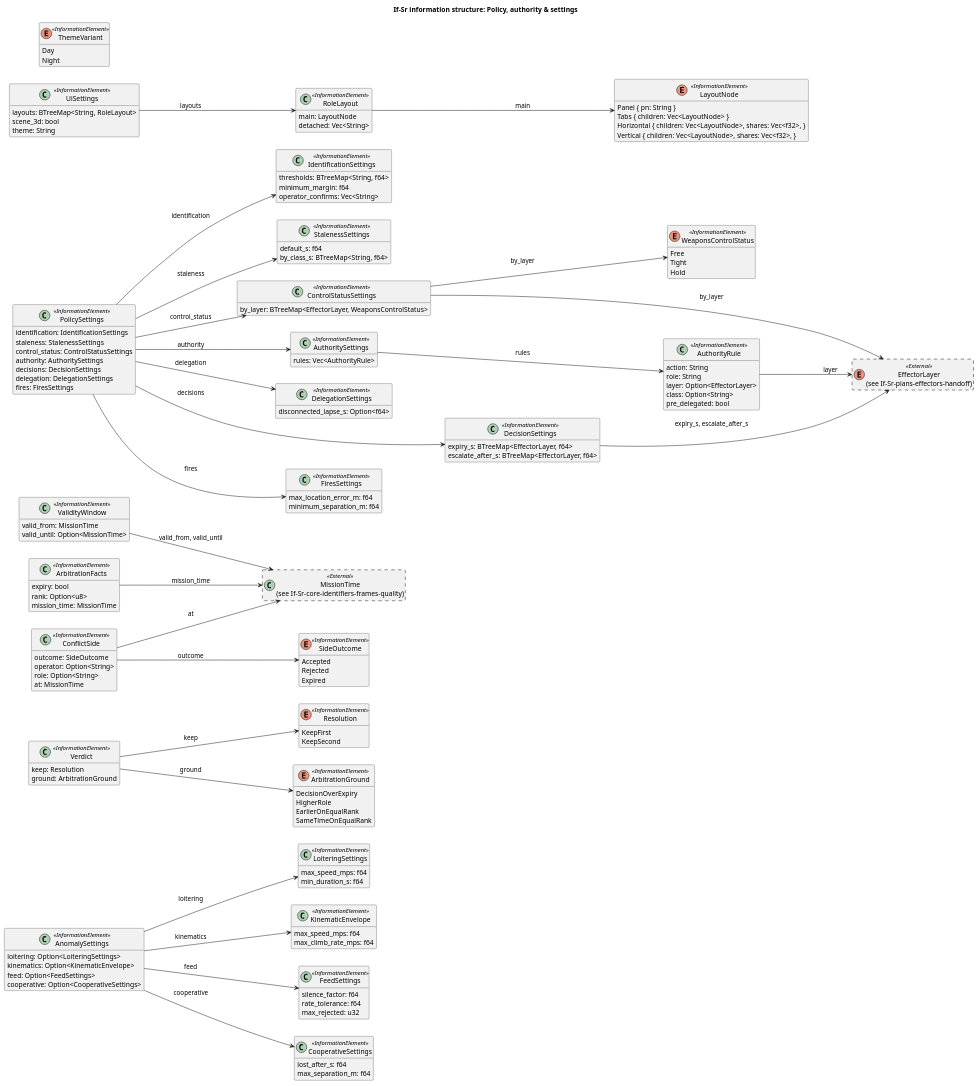
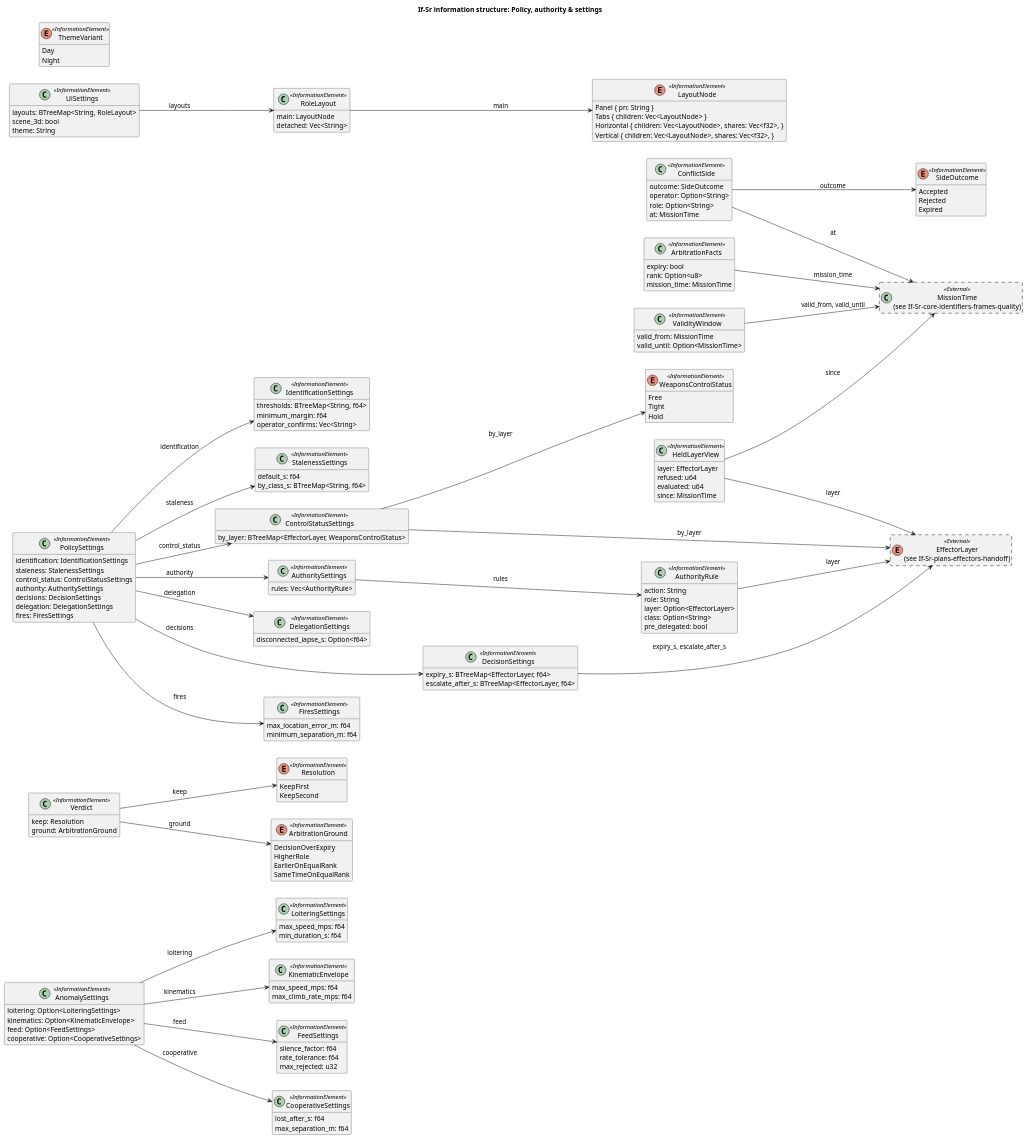
One commit to WayneRoessling/gungnir changed the diagram in docs/architecture/uaf/information/If-Sr-policy-authority-settings.puml. Above: the diagram before and after it, drawn with PlantUML. The commit also changed 30 other files, not shown here.

Commit message:
WIP GAP-183: the held layer said

```diff
--- a/docs/architecture/uaf/information/If-Sr-policy-authority-settings.puml
+++ b/docs/architecture/uaf/information/If-Sr-policy-authority-settings.puml
@@ -1,157 +1,165 @@
 @startuml If-Sr-policy-authority-settings
 title If-Sr information structure: Policy, authority & settings
 left to right direction
 hide empty members
 skinparam classAttributeIconSize 0
 class "AnomalySettings" as AnomalySettings <<InformationElement>> {
   loitering: Option<LoiteringSettings>
   kinematics: Option<KinematicEnvelope>
   feed: Option<FeedSettings>
   cooperative: Option<CooperativeSettings>
 }
 class "LoiteringSettings" as LoiteringSettings <<InformationElement>> {
   max_speed_mps: f64
   min_duration_s: f64
 }
 class "KinematicEnvelope" as KinematicEnvelope <<InformationElement>> {
   max_speed_mps: f64
   max_climb_rate_mps: f64
 }
 class "FeedSettings" as FeedSettings <<InformationElement>> {
   silence_factor: f64
   rate_tolerance: f64
   max_rejected: u32
 }
 class "CooperativeSettings" as CooperativeSettings <<InformationElement>> {
   lost_after_s: f64
   max_separation_m: f64
 }
 enum "Resolution" as Resolution <<InformationElement>> {
   KeepFirst
   KeepSecond
 }
 class "ArbitrationFacts" as ArbitrationFacts <<InformationElement>> {
   expiry: bool
   rank: Option<u8>
   mission_time: MissionTime
 }
 enum "ArbitrationGround" as ArbitrationGround <<InformationElement>> {
   DecisionOverExpiry
   HigherRole
   EarlierOnEqualRank
   SameTimeOnEqualRank
 }
 class "Verdict" as Verdict <<InformationElement>> {
   keep: Resolution
   ground: ArbitrationGround
 }
 enum "SideOutcome" as SideOutcome <<InformationElement>> {
   Accepted
   Rejected
   Expired
 }
 class "ConflictSide" as ConflictSide <<InformationElement>> {
   outcome: SideOutcome
   operator: Option<String>
   role: Option<String>
   at: MissionTime
 }
 enum "WeaponsControlStatus" as WeaponsControlStatus <<InformationElement>> {
   Free
   Tight
   Hold
 }
 class "IdentificationSettings" as IdentificationSettings <<InformationElement>> {
   thresholds: BTreeMap<String, f64>
   minimum_margin: f64
   operator_confirms: Vec<String>
 }
 class "StalenessSettings" as StalenessSettings <<InformationElement>> {
   default_s: f64
   by_class_s: BTreeMap<String, f64>
 }
 class "ControlStatusSettings" as ControlStatusSettings <<InformationElement>> {
   by_layer: BTreeMap<EffectorLayer, WeaponsControlStatus>
 }
+class "HeldLayerView" as HeldLayerView <<InformationElement>> {
+  layer: EffectorLayer
+  refused: u64
+  evaluated: u64
+  since: MissionTime
+}
 class "AuthorityRule" as AuthorityRule <<InformationElement>> {
   action: String
   role: String
   layer: Option<EffectorLayer>
   class: Option<String>
   pre_delegated: bool
 }
 class "AuthoritySettings" as AuthoritySettings <<InformationElement>> {
   rules: Vec<AuthorityRule>
 }
 class "DelegationSettings" as DelegationSettings <<InformationElement>> {
   disconnected_lapse_s: Option<f64>
 }
 class "DecisionSettings" as DecisionSettings <<InformationElement>> {
   expiry_s: BTreeMap<EffectorLayer, f64>
   escalate_after_s: BTreeMap<EffectorLayer, f64>
 }
 class "FiresSettings" as FiresSettings <<InformationElement>> {
   max_location_error_m: f64
   minimum_separation_m: f64
 }
 class "ValidityWindow" as ValidityWindow <<InformationElement>> {
   valid_from: MissionTime
   valid_until: Option<MissionTime>
 }
 class "PolicySettings" as PolicySettings <<InformationElement>> {
   identification: IdentificationSettings
   staleness: StalenessSettings
   control_status: ControlStatusSettings
   authority: AuthoritySettings
   decisions: DecisionSettings
   delegation: DelegationSettings
   fires: FiresSettings
 }
 enum "LayoutNode" as LayoutNode <<InformationElement>> {
   Panel { pn: String }
   Tabs { children: Vec<LayoutNode> }
   Horizontal { children: Vec<LayoutNode>, shares: Vec<f32>, }
   Vertical { children: Vec<LayoutNode>, shares: Vec<f32>, }
 }
 class "RoleLayout" as RoleLayout <<InformationElement>> {
   main: LayoutNode
   detached: Vec<String>
 }
 class "UiSettings" as UiSettings <<InformationElement>> {
   layouts: BTreeMap<String, RoleLayout>
   scene_3d: bool
   theme: String
 }
 enum "ThemeVariant" as ThemeVariant <<InformationElement>> {
   Day
   Night
 }
 enum "EffectorLayer\n(see If-Sr-plans-effectors-handoff)" as EffectorLayer <<External>> #line.dashed {
 }
 class "MissionTime\n(see If-Sr-core-identifiers-frames-quality)" as MissionTime <<External>> #line.dashed {
 }
 AnomalySettings --> CooperativeSettings : cooperative
 AnomalySettings --> FeedSettings : feed
 AnomalySettings --> KinematicEnvelope : kinematics
 AnomalySettings --> LoiteringSettings : loitering
 ArbitrationFacts --> MissionTime : mission_time
 Verdict --> ArbitrationGround : ground
 Verdict --> Resolution : keep
 ConflictSide --> MissionTime : at
 ConflictSide --> SideOutcome : outcome
 ControlStatusSettings --> EffectorLayer : by_layer
 ControlStatusSettings --> WeaponsControlStatus : by_layer
+HeldLayerView --> EffectorLayer : layer
+HeldLayerView --> MissionTime : since
 AuthorityRule --> EffectorLayer : layer
 AuthoritySettings --> AuthorityRule : rules
 DecisionSettings --> EffectorLayer : expiry_s, escalate_after_s
 ValidityWindow --> MissionTime : valid_from, valid_until
 PolicySettings --> AuthoritySettings : authority
 PolicySettings --> ControlStatusSettings : control_status
 PolicySettings --> DecisionSettings : decisions
 PolicySettings --> DelegationSettings : delegation
 PolicySettings --> FiresSettings : fires
 PolicySettings --> IdentificationSettings : identification
 PolicySettings --> StalenessSettings : staleness
 RoleLayout --> LayoutNode : main
 UiSettings --> RoleLayout : layouts
 @enduml
```
